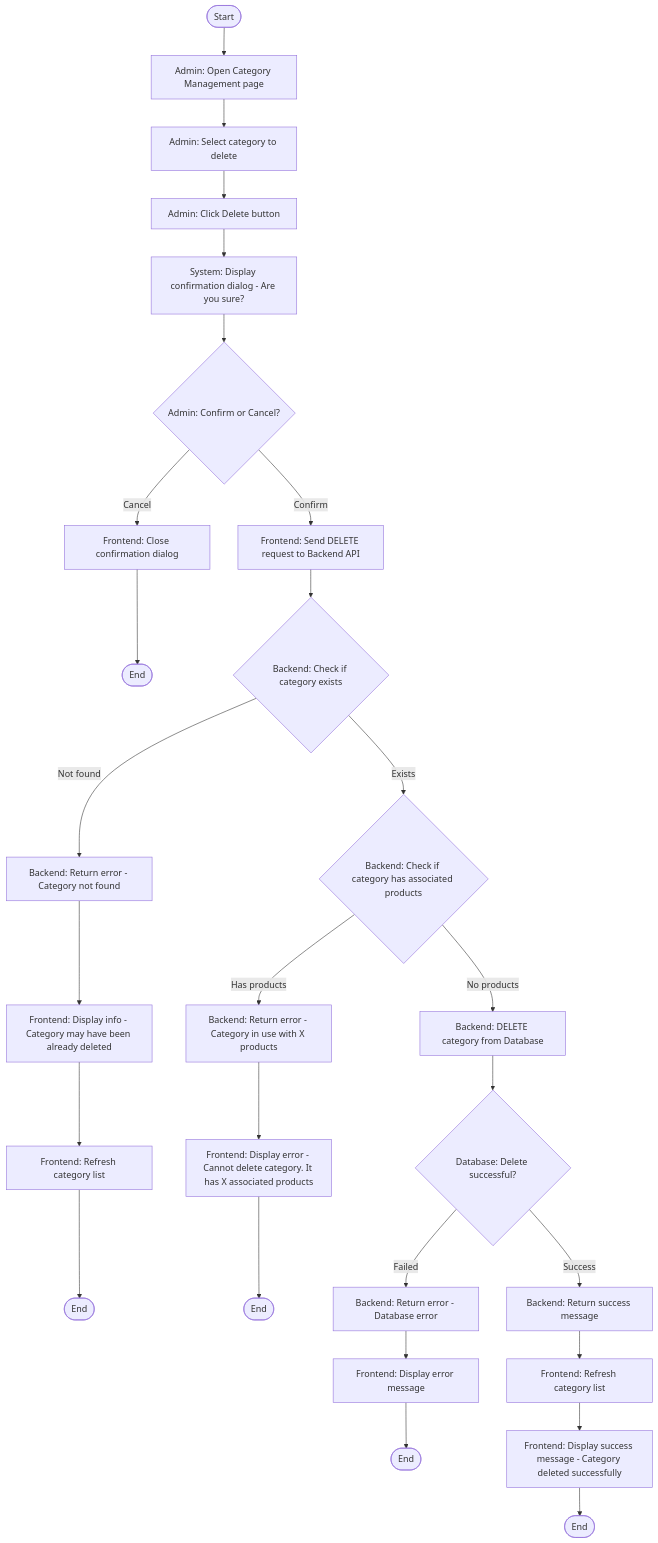
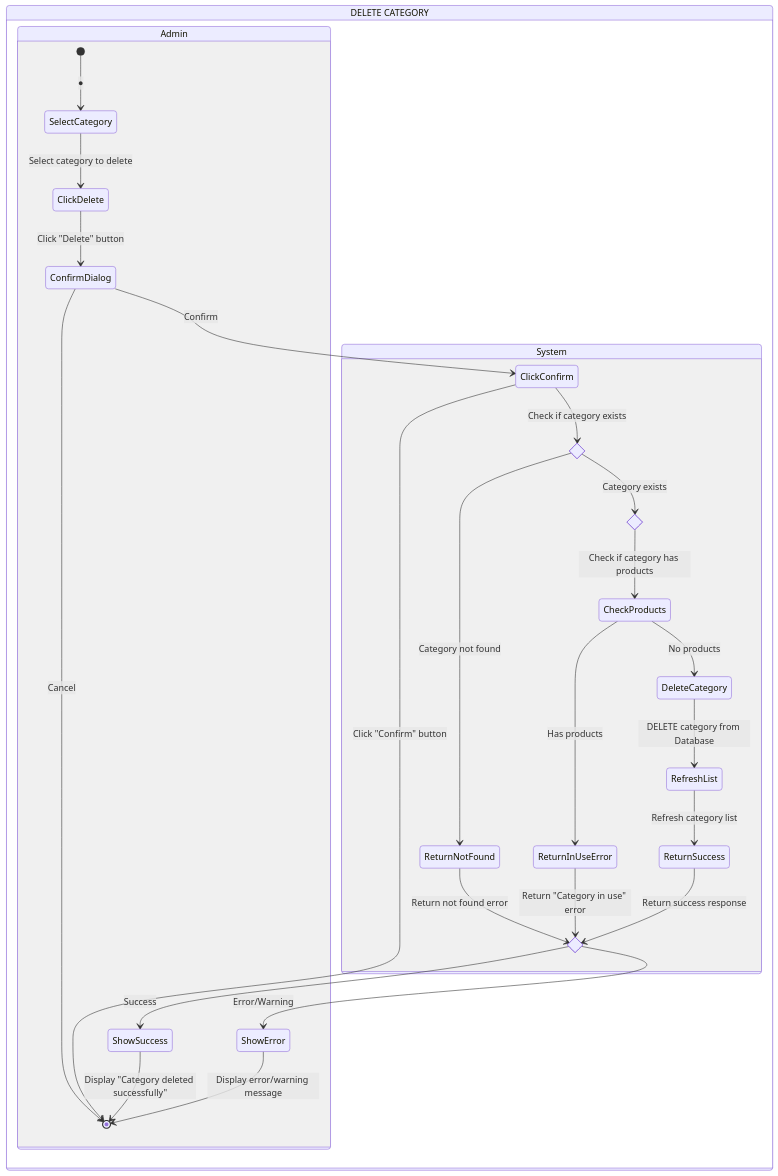
The fifth of 6 diagrams in UML_Activity_Diagrams.md (phuongloannn/bicycle-web-FE), drawn with Mermaid before and after one commit. The commit also changed other lines of this file, not shown here.

Commit message:
Add UML Activity Diagrams with swimlanes for Inventory and Category Management

````diff
--- a/UML_Activity_Diagrams.md
+++ b/UML_Activity_Diagrams.md
@@ -197,38 +223,43 @@
 ```mermaid
-flowchart TD
-    Start([Start]) --> OpenPage[Admin: Open Category Management page]
-    OpenPage --> SelectCategory[Admin: Select category to delete]
-    SelectCategory --> ClickDelete[Admin: Click Delete button]
-    
-    ClickDelete --> ShowConfirm[System: Display confirmation dialog - Are you sure?]
-    ShowConfirm --> UserChoice{Admin: Confirm or Cancel?}
-    
-    UserChoice -->|Cancel| CloseDialog[Frontend: Close confirmation dialog]
-    CloseDialog --> End1([End])
-    
-    UserChoice -->|Confirm| SendToBackend[Frontend: Send DELETE request to Backend API]
-    SendToBackend --> CheckExists{Backend: Check if category exists}
-    
-    CheckExists -->|Not found| ReturnNotFound[Backend: Return error - Category not found]
-    ReturnNotFound --> DisplayNotFound[Frontend: Display info - Category may have been already deleted]
-    DisplayNotFound --> RefreshList1[Frontend: Refresh category list]
-    RefreshList1 --> End2([End])
-    
-    CheckExists -->|Exists| CheckUsage{Backend: Check if category has associated products}
-    
-    CheckUsage -->|Has products| ReturnInUse[Backend: Return error - Category in use with X products]
-    ReturnInUse --> DisplayInUse[Frontend: Display error - Cannot delete category. It has X associated products]
-    DisplayInUse --> End3([End])
-    
-    CheckUsage -->|No products| DeleteCategory[Backend: DELETE category from Database]
-    DeleteCategory --> CheckDelete{Database: Delete successful?}
-    
-    CheckDelete -->|Failed| ReturnDBError[Backend: Return error - Database error]
-    ReturnDBError --> DisplayDBError[Frontend: Display error message]
-    DisplayDBError --> End4([End])
-    
-    CheckDelete -->|Success| ReturnSuccess[Backend: Return success message]
-    ReturnSuccess --> RefreshList2[Frontend: Refresh category list]
-    RefreshList2 --> ShowSuccess[Frontend: Display success message - Category deleted successfully]
-    ShowSuccess --> End5([End])
+stateDiagram-v2
+    state "DELETE CATEGORY" as frame {
+        state "Admin" as admin_col {
+            [*] --> SelectCategory: ●
+            SelectCategory --> ClickDelete: Select category to delete
+            ClickDelete --> ConfirmDialog: Click "Delete" button
+            
+            state ConfirmDialog <<choice>>
+            ConfirmDialog --> ClickConfirm: Confirm
+            ConfirmDialog --> [*]: Cancel
+            
+            ClickConfirm --> [*]: Click "Confirm" button
+            
+            state DisplayResult <<choice>>
+            DisplayResult --> ShowSuccess: Success
+            DisplayResult --> ShowError: Error/Warning
+            ShowSuccess --> [*]: Display "Category deleted successfully"
+            ShowError --> [*]: Display error/warning message
+        }
+        
+        state "System" as system_col {
+            state CheckExists <<choice>>
+            state CheckInUse <<choice>>
+            
+            ClickConfirm --> CheckExists: Check if category exists
+            
+            CheckExists --> CheckInUse: Category exists
+            CheckExists --> ReturnNotFound: Category not found
+            ReturnNotFound --> DisplayResult: Return not found error
+            
+            CheckInUse --> CheckProducts: Check if category has products
+            
+            CheckProducts --> DeleteCategory: No products
+            CheckProducts --> ReturnInUseError: Has products
+            ReturnInUseError --> DisplayResult: Return "Category in use" error
+            
+            DeleteCategory --> RefreshList: DELETE category from Database
+            RefreshList --> ReturnSuccess: Refresh category list
+            ReturnSuccess --> DisplayResult: Return success response
+        }
+    }
 ```
````
